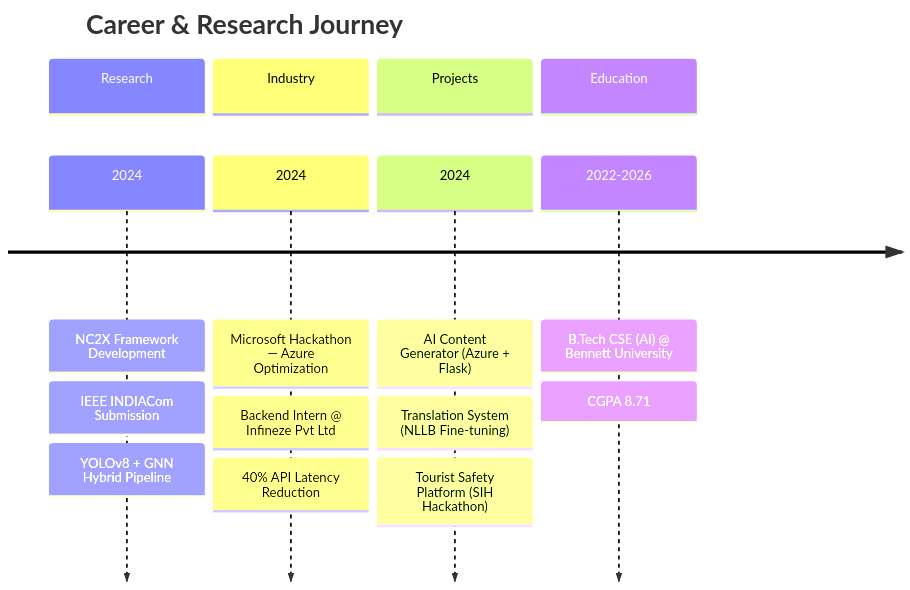
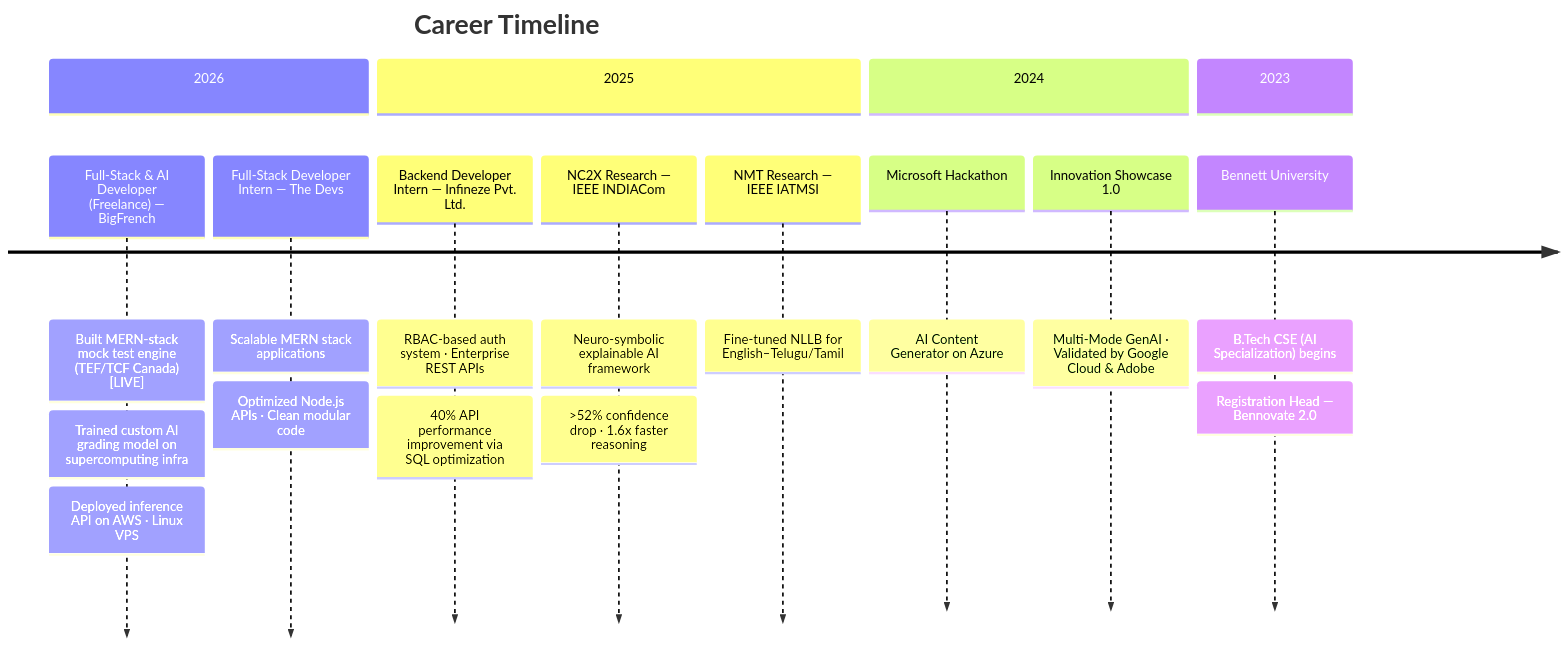
Before and after one commit to suraj7880314386/suraj7880314386: the diagram in README.md, drawn with Mermaid. The commit also changed other lines of this file, not shown here.

````diff
--- a/README.md
+++ b/README.md
@@ -99,19 +98,30 @@
 ```mermaid
 timeline
-    title Career & Research Journey
-    section Research
-        2024 : NC2X Framework Development
-             : IEEE INDIACom Submission
-             : YOLOv8 + GNN Hybrid Pipeline
-    section Industry
-        2024 : Microsoft Hackathon — Azure Optimization
-             : Backend Intern @ Infineze Pvt Ltd
-             : 40% API Latency Reduction
-    section Projects
-        2024 : AI Content Generator (Azure + Flask)
-             : Translation System (NLLB Fine-tuning)
-             : Tourist Safety Platform (SIH Hackathon)
-    section Education
-        2022-2026 : B.Tech CSE (AI) @ Bennett University
-                  : CGPA 8.71
+    title Career Timeline
+    section 2026
+      Full-Stack & AI Developer (Freelance) — BigFrench
+        : Built MERN-stack mock test engine (TEF/TCF Canada) [LIVE]
+        : Trained custom AI grading model on supercomputing infra
+        : Deployed inference API on AWS · Linux VPS
+      Full-Stack Developer Intern — The Devs
+        : Scalable MERN stack applications
+        : Optimized Node.js APIs · Clean modular code
+    section 2025
+      Backend Developer Intern — Infineze Pvt. Ltd.
+        : RBAC-based auth system · Enterprise REST APIs
+        : 40% API performance improvement via SQL optimization
+      NC2X Research — IEEE INDIACom
+        : Neuro-symbolic explainable AI framework
+        : >52% confidence drop · 1.6x faster reasoning
+      NMT Research — IEEE IATMSI
+        : Fine-tuned NLLB for English–Telugu/Tamil
+    section 2024
+      Microsoft Hackathon
+        : AI Content Generator on Azure
+      Innovation Showcase 1.0
+        : Multi-Mode GenAI · Validated by Google Cloud & Adobe
+    section 2023
+      Bennett University
+        : B.Tech CSE (AI Specialization) begins
+        : Registration Head — Bennovate 2.0
 ```
````
